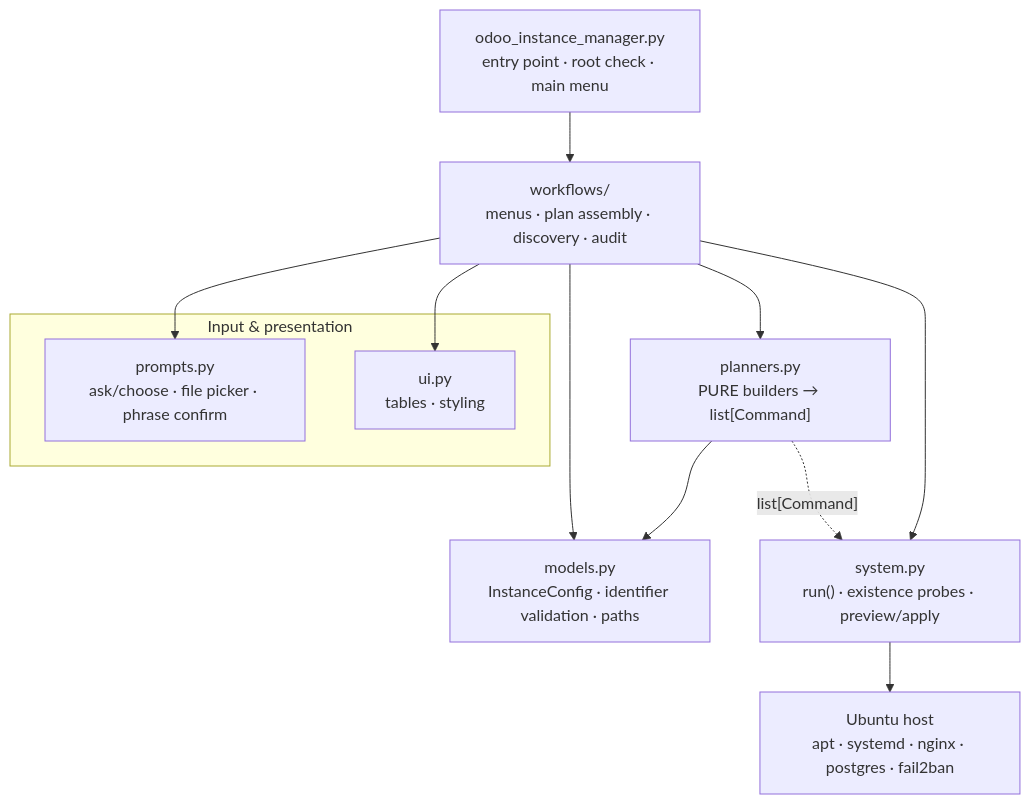
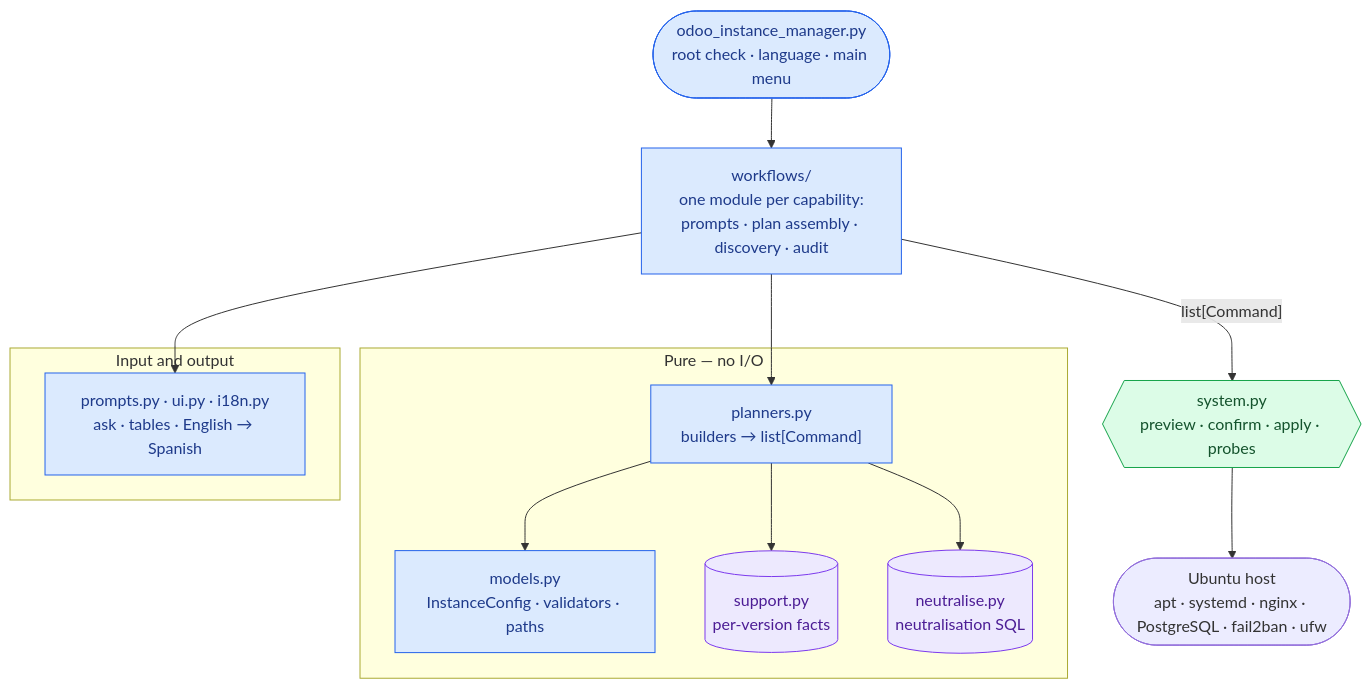
Before and after one commit to grojof/odoo_instance_manager_app: the first of 2 diagrams in docs/architecture.md, drawn with Mermaid. The commit also changed other lines of this file and 23 other files, not shown here.

First line of the commit message:
docs: refresh against the code, diagrams in semantic colours, AGENTS.md (#57)

````diff
--- a/docs/architecture.md
+++ b/docs/architecture.md
@@ -19,23 +19,29 @@
 ```mermaid
 flowchart TD
-    entry["odoo_instance_manager.py<br/>entry point · root check · main menu"]
-    workflows["workflows/<br/>menus · plan assembly · discovery · audit"]
-    subgraph inputs["Input & presentation"]
-        prompts["prompts.py<br/>ask/choose · file picker · phrase confirm"]
-        ui["ui.py<br/>tables · styling"]
+    entry(["odoo_instance_manager.py<br/>root check · language · main menu"])
+    workflows["workflows/<br/>one module per capability:<br/>prompts · plan assembly · discovery · audit"]
+    subgraph pure["Pure — no I/O"]
+        models["models.py<br/>InstanceConfig · validators · paths"]
+        support[("support.py<br/>per-version facts")]
+        neutralise[("neutralise.py<br/>neutralisation SQL")]
+        planners["planners.py<br/>builders → list[Command]"]
     end
-    models["models.py<br/>InstanceConfig · identifier validation · paths"]
-    planners["planners.py<br/>PURE builders → list[Command]"]
-    system["system.py<br/>run() · existence probes · preview/apply"]
-    host["Ubuntu host<br/>apt · systemd · nginx · postgres · fail2ban"]
+    subgraph io["Input and output"]
+        prompts["prompts.py · ui.py · i18n.py<br/>ask · tables · English → Spanish"]
+    end
+    system{{"system.py<br/>preview · confirm · apply · probes"}}
+    host(["Ubuntu host<br/>apt · systemd · nginx · PostgreSQL · fail2ban · ufw"])
 
     entry --> workflows
     workflows --> prompts
-    workflows --> ui
-    workflows --> models
     workflows --> planners
-    planners --> models
-    workflows --> system
-    planners -. "list[Command]" .-> system
+    planners --> models & support & neutralise
+    workflows -- "list[Command]" --> system
     system --> host
+    classDef step fill:#dbeafe,stroke:#2563eb,color:#1e3a8a
+    classDef guard fill:#dcfce7,stroke:#16a34a,color:#14532d
+    classDef data fill:#ede9fe,stroke:#7c3aed,color:#4c1d95
+    class entry,workflows,planners,models,prompts step
+    class support,neutralise data
+    class system guard
 ```
````
